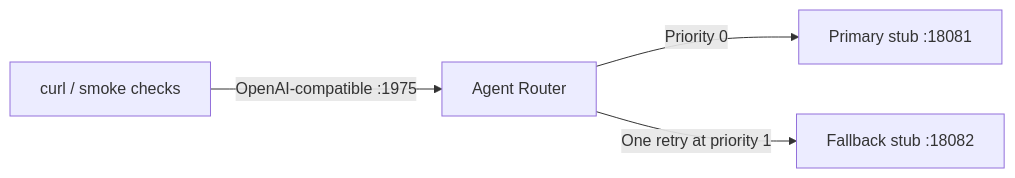
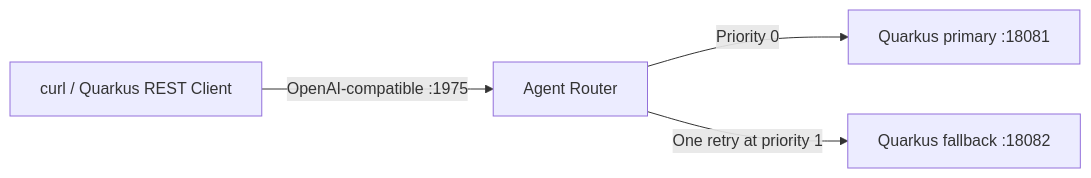
The diagram in part6-agent-router/README.md (danieloh30/governed-agent-platform), drawn with Mermaid before and after one commit. The commit also changed other lines of this file and 23 other files, not shown here.

Commit message:
Use Quarkus throughout the Part 6 Agent Router lab

````diff
--- a/part6-agent-router/README.md
+++ b/part6-agent-router/README.md
@@ -11,6 +12,6 @@
 ```mermaid
 flowchart LR
-    C[curl / smoke checks] -->|OpenAI-compatible :1975| AR[Agent Router]
-    AR -->|Priority 0| P[Primary stub :18081]
-    AR -->|One retry at priority 1| F[Fallback stub :18082]
+    C[curl / Quarkus REST Client] -->|OpenAI-compatible :1975| AR[Agent Router]
+    AR -->|Priority 0| P[Quarkus primary :18081]
+    AR -->|One retry at priority 1| F[Quarkus fallback :18082]
 ```
````
